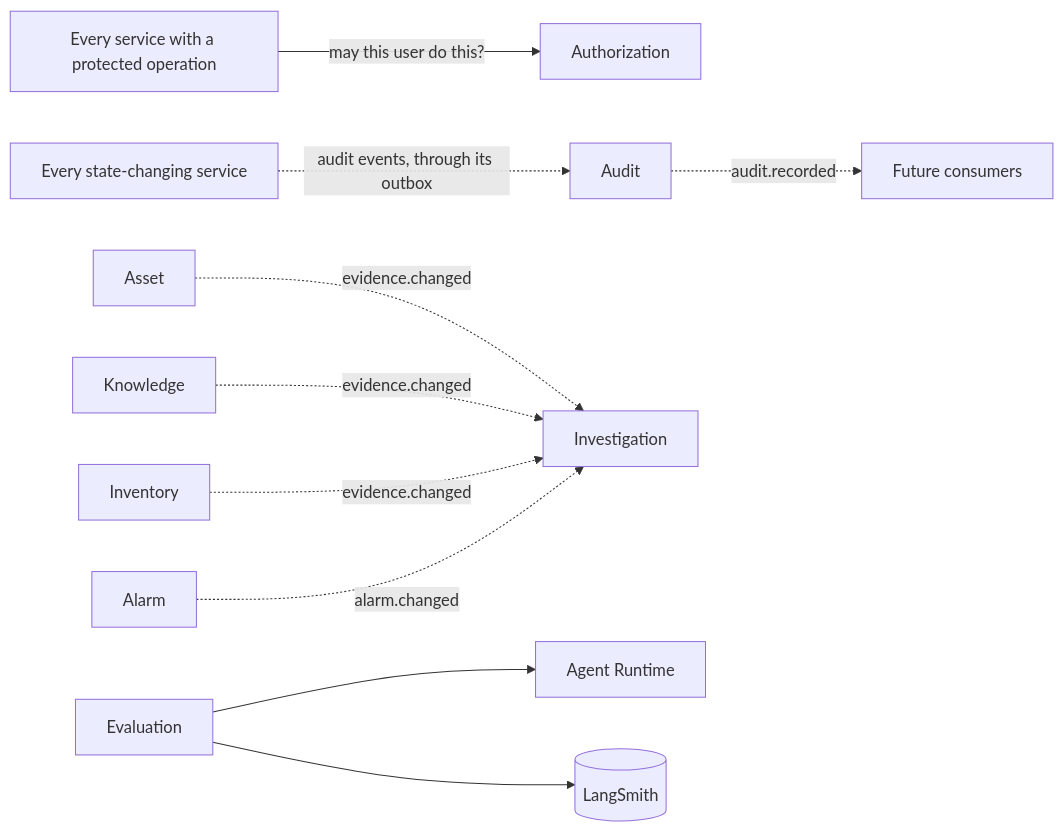
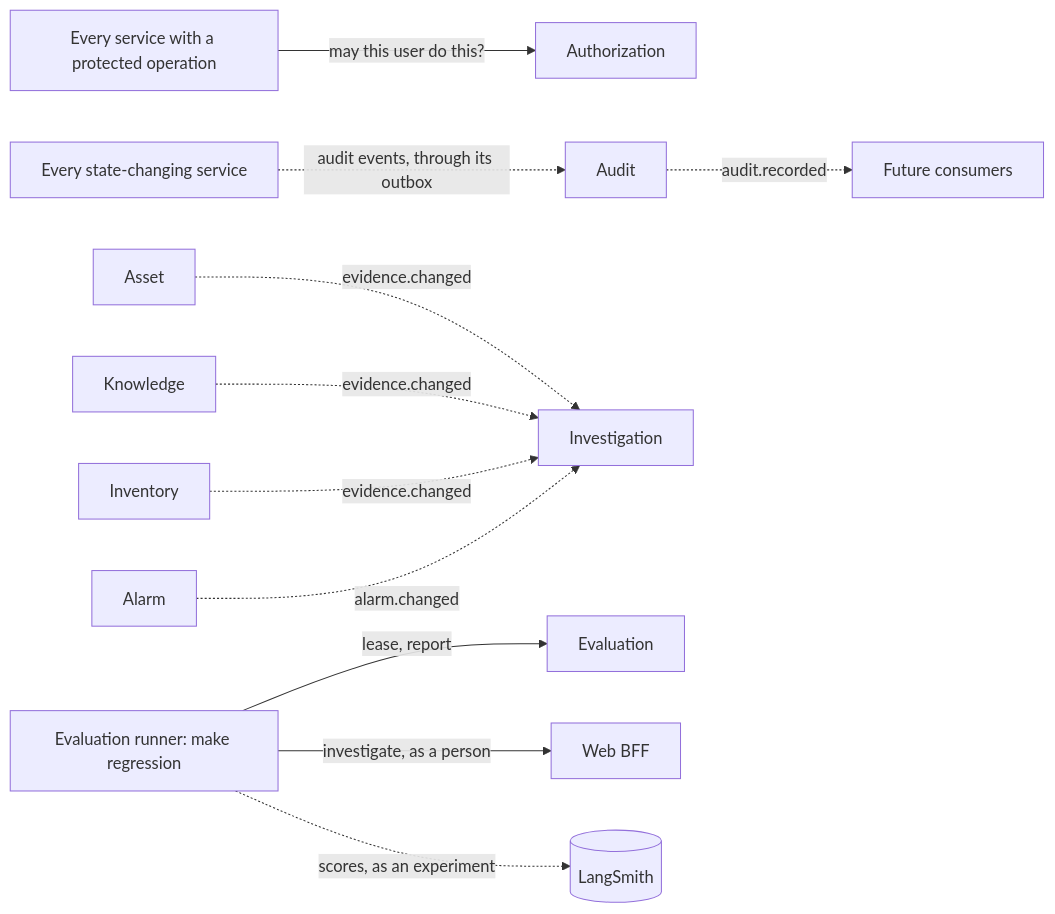
Before and after one commit to wasif1024/windops-ai: the fourth of 5 diagrams in docs/service-map.md, drawn with Mermaid. The commit also changed other lines of this file and 45 other files, not shown here.

````diff
--- a/docs/service-map.md
+++ b/docs/service-map.md
@@ -126,12 +126,13 @@
 ```mermaid
 flowchart LR
     All["Every service with a protected operation"] -->|may this user do this?| Authorization
     Changes["Every state-changing service"] -.->|audit events, through its outbox| Audit
     Audit -.->|audit.recorded| Later["Future consumers"]
     Asset -.->|evidence.changed| Investigation
     Knowledge -.->|evidence.changed| Investigation
     Inventory -.->|evidence.changed| Investigation
     Alarm -.->|alarm.changed| Investigation
-    Evaluation --> Runtime["Agent Runtime"]
-    Evaluation --> LangSmith[("LangSmith")]
+    Runner["Evaluation runner: make regression"] -->|lease, report| Evaluation
+    Runner -->|investigate, as a person| BFF["Web BFF"]
+    Runner -.->|scores, as an experiment| LangSmith[("LangSmith")]
 ```
````
